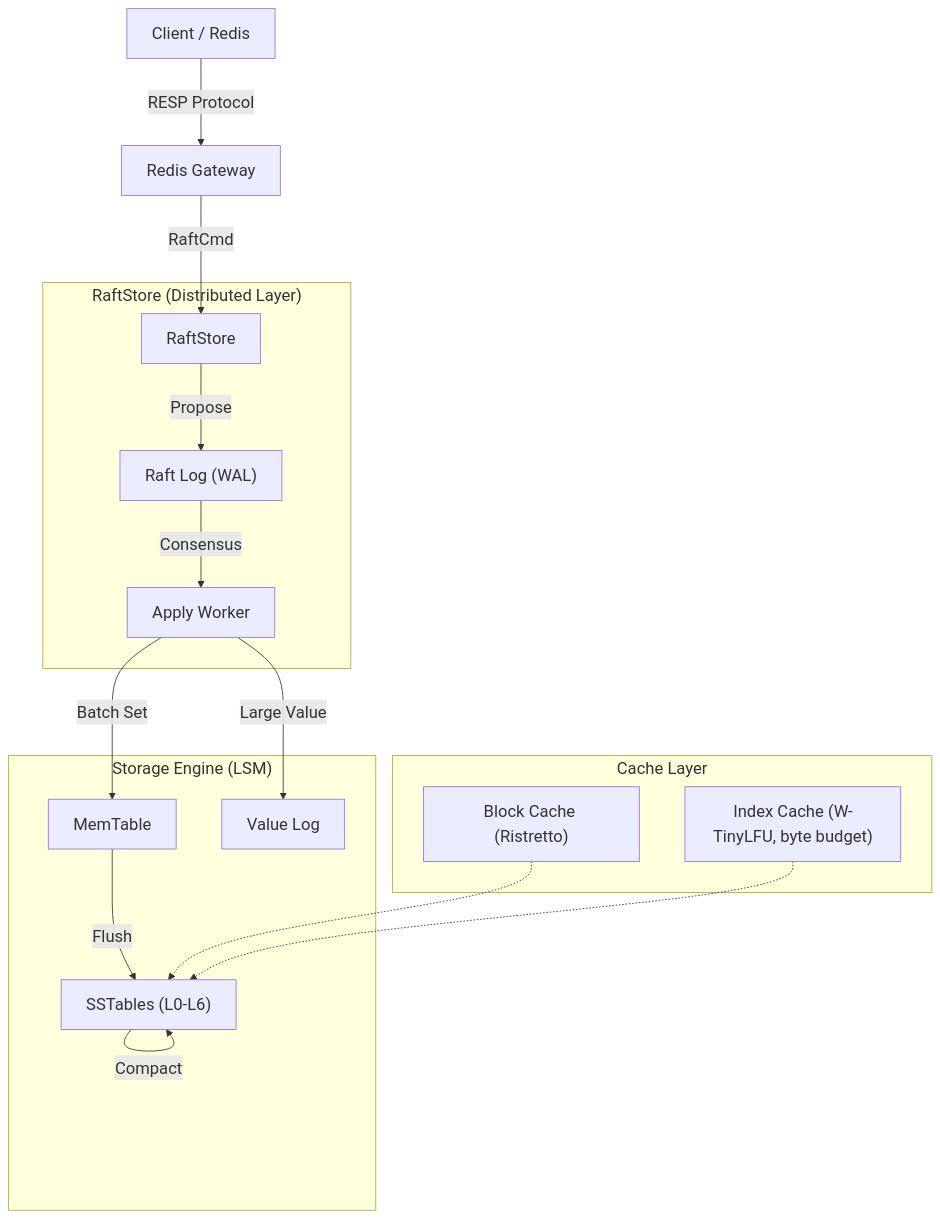
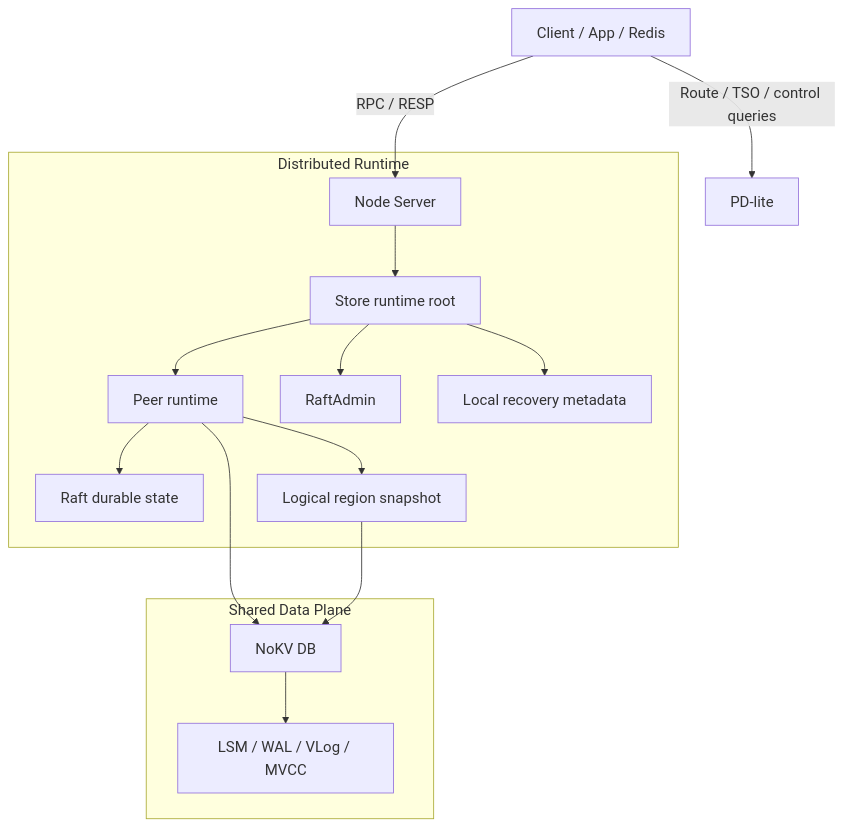
Before and after one commit to feichai0017/NoKV: the diagram in docs/README.md, drawn with Mermaid. The commit also changed other lines of this file and 5 other files, not shown here.

````diff
--- a/docs/README.md
+++ b/docs/README.md
@@ -93,27 +143,24 @@
 ```mermaid
 %%{init: {
-  "themeVariables": { "fontSize": "20px" },
-  "flowchart": { "nodeSpacing": 55, "rankSpacing": 75, "curve": "basis" }
+  "themeVariables": { "fontSize": "18px" },
+  "flowchart": { "nodeSpacing": 45, "rankSpacing": 62, "curve": "basis" }
 }}%%
 graph TD
-    Client["Client / Redis"] -->|RESP Protocol| Gateway["Redis Gateway"]
-    Gateway -->|RaftCmd| RaftStore
-    
-    subgraph "RaftStore (Distributed Layer)"
-        RaftStore -->|Propose| RaftLog["Raft Log (WAL)"]
-        RaftLog -->|Consensus| Apply["Apply Worker"]
+    Client["Client / App / Redis"] -->|RPC / RESP| Server["Node Server"]
+    Client -->|Route / TSO / control queries| PD["PD-lite"]
+
+    subgraph "Distributed Runtime"
+        Server --> Store["Store runtime root"]
+        Store --> Peer["Peer runtime"]
+        Store --> Admin["RaftAdmin"]
+        Store --> Meta["Local recovery metadata"]
+        Peer --> Raft["Raft durable state"]
+        Peer --> Snap["Logical region snapshot"]
     end
-    
-    subgraph "Storage Engine (LSM)"
-        Apply -->|Batch Set| MemTable
-        MemTable -->|Flush| SSTable["SSTables (L0-L6)"]
-        SSTable -->|Compact| SSTable
-        
-        Apply -->|Large Value| VLog["Value Log"]
-    end
-    
-    subgraph "Cache Layer"
-        BlockCache["Block Cache (Ristretto)"] -.-> SSTable
-        IndexCache["Index Cache (W-TinyLFU, byte budget)"] -.-> SSTable
+
+    subgraph "Shared Data Plane"
+        Peer --> DB["NoKV DB"]
+        Snap --> DB
+        DB --> LSM["LSM / WAL / VLog / MVCC"]
     end
 ```
````
